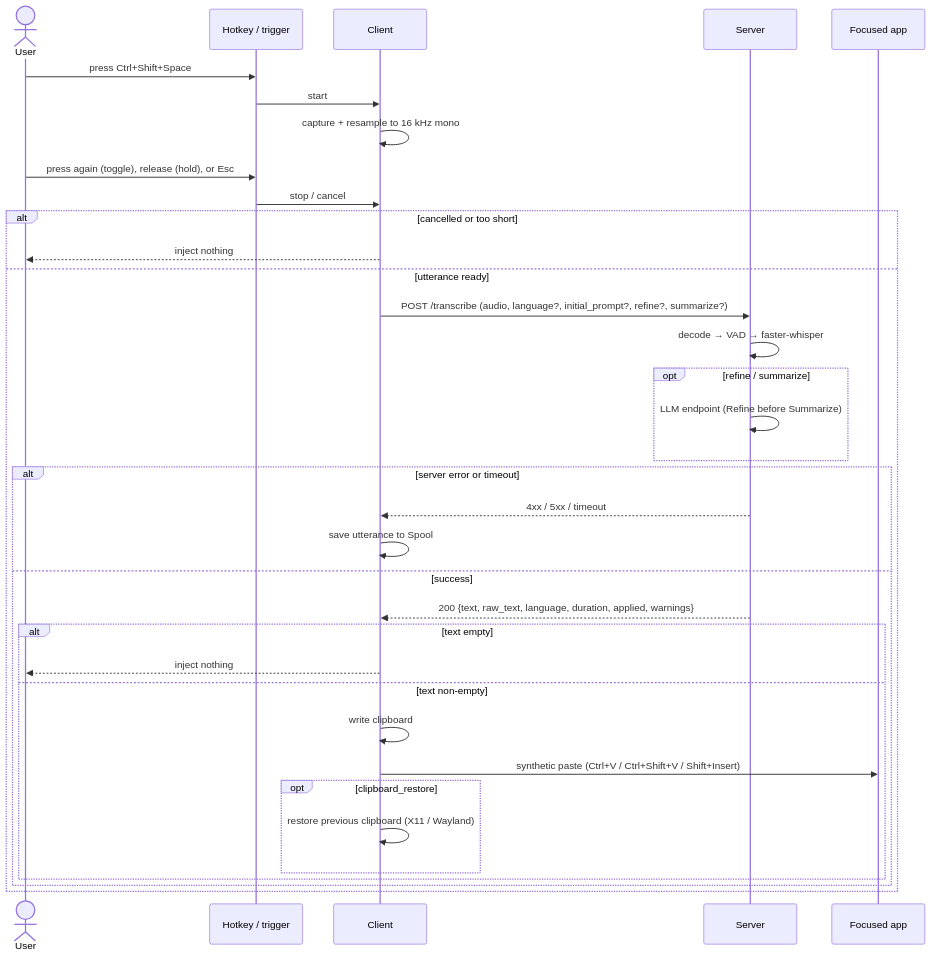
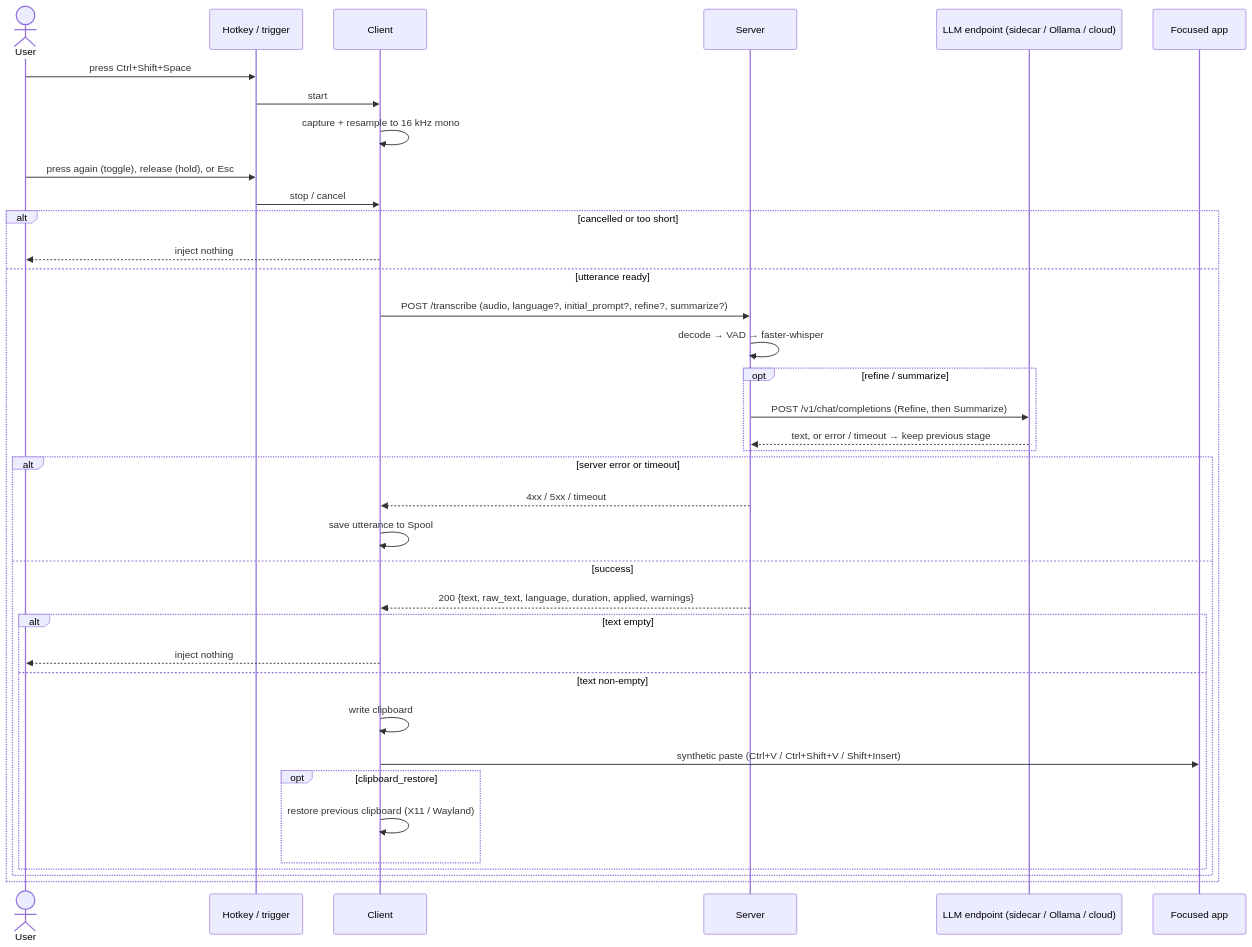
The second of 2 diagrams in README.md (FoxRed-cmd/kitsune-whisper), drawn with Mermaid before and after one commit. The commit also changed other lines of this file, not shown here.

Commit message:
Document the NVIDIA GPU quickstart and sidecar in the architecture (#35)

````diff
--- a/README.md
+++ b/README.md
@@ -86,39 +97,41 @@
 ```mermaid
 sequenceDiagram
     actor User
     participant T as Hotkey / trigger
     participant C as Client
     participant S as Server
+    participant L as LLM endpoint (sidecar / Ollama / cloud)
     participant App as Focused app
 
     User->>T: press Ctrl+Shift+Space
     T->>C: start
     C->>C: capture + resample to 16 kHz mono
     User->>T: press again (toggle), release (hold), or Esc
     T->>C: stop / cancel
 
     alt cancelled or too short
         C-->>User: inject nothing
     else utterance ready
         C->>S: POST /transcribe (audio, language?, initial_prompt?, refine?, summarize?)
         S->>S: decode → VAD → faster-whisper
         opt refine / summarize
-            S->>S: LLM endpoint (Refine before Summarize)
+            S->>L: POST /v1/chat/completions (Refine, then Summarize)
+            L-->>S: text, or error / timeout → keep previous stage
         end
         alt server error or timeout
             S-->>C: 4xx / 5xx / timeout
             C->>C: save utterance to Spool
         else success
             S-->>C: 200 {text, raw_text, language, duration, applied, warnings}
             alt text empty
                 C-->>User: inject nothing
             else text non-empty
                 C->>C: write clipboard
                 C->>App: synthetic paste (Ctrl+V / Ctrl+Shift+V / Shift+Insert)
                 opt clipboard_restore
                     C->>C: restore previous clipboard (X11 / Wayland)
                 end
             end
         end
     end
 ```
````
